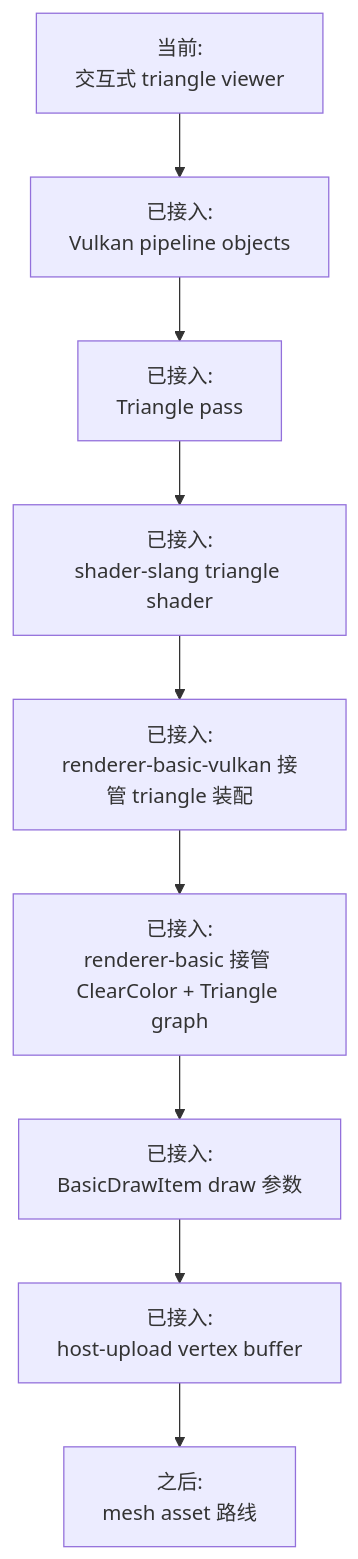
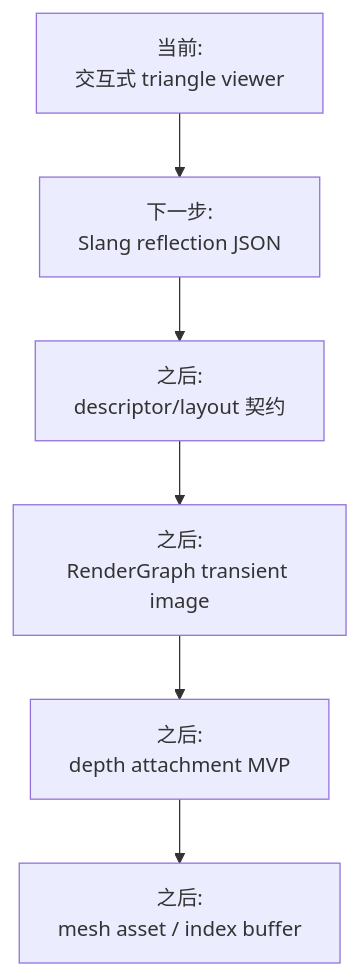
The ninth of 9 diagrams in docs/flow-architecture.md (66six11/Engine), drawn with Mermaid before and after one commit. The commit also changed other lines of this file and 4 other files, not shown here.

````diff
--- a/docs/flow-architecture.md
+++ b/docs/flow-architecture.md
@@ -266,14 +266,11 @@
 ```mermaid
 flowchart TD
     Now["当前:<br/>交互式 triangle viewer"]
-    Step1["已接入:<br/>Vulkan pipeline objects"]
-    Step2["已接入:<br/>Triangle pass"]
-    Step3["已接入:<br/>shader-slang triangle shader"]
-    Step4["已接入:<br/>renderer-basic-vulkan 接管 triangle 装配"]
-    Step5["已接入:<br/>renderer-basic 接管 ClearColor + Triangle graph"]
-    Step6["已接入:<br/>BasicDrawItem draw 参数"]
-    Step7["已接入:<br/>host-upload vertex buffer"]
-    Step8["之后:<br/>mesh asset 路线"]
+    Step1["下一步:<br/>Slang reflection JSON"]
+    Step2["之后:<br/>descriptor/layout 契约"]
+    Step3["之后:<br/>RenderGraph transient image"]
+    Step4["之后:<br/>depth attachment MVP"]
+    Step5["之后:<br/>mesh asset / index buffer"]
 
-    Now --> Step1 --> Step2 --> Step3 --> Step4 --> Step5 --> Step6 --> Step7 --> Step8
+    Now --> Step1 --> Step2 --> Step3 --> Step4 --> Step5
 ```
````
